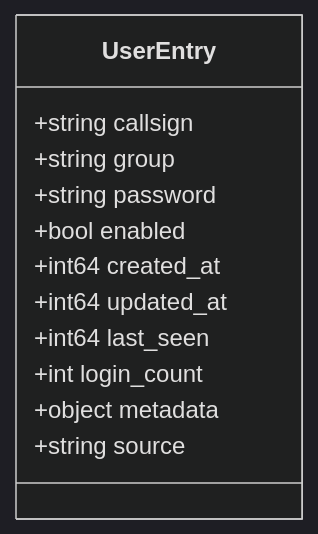
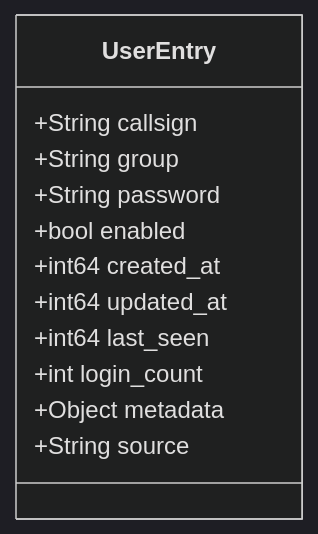
One commit to chakphanu/svxlink changed the sixth of 11 diagrams in docs/SvxReflector_Admin_API_Reference.md. Above: the diagram before and after it, drawn with Mermaid (dark theme). The commit also changed other lines of this file, not shown here.

First line of the commit message:
Fix Mermaid diagram syntax in API docs

````diff
--- a/docs/SvxReflector_Admin_API_Reference.md
+++ b/docs/SvxReflector_Admin_API_Reference.md
@@ -919,15 +919,15 @@
 ```mermaid
 classDiagram
     class UserEntry {
-        +string callsign
-        +string group
-        +string password
+        +String callsign
+        +String group
+        +String password
         +bool enabled
         +int64 created_at
         +int64 updated_at
         +int64 last_seen
         +int login_count
-        +object metadata
-        +string source
+        +Object metadata
+        +String source
     }
 ```
````
